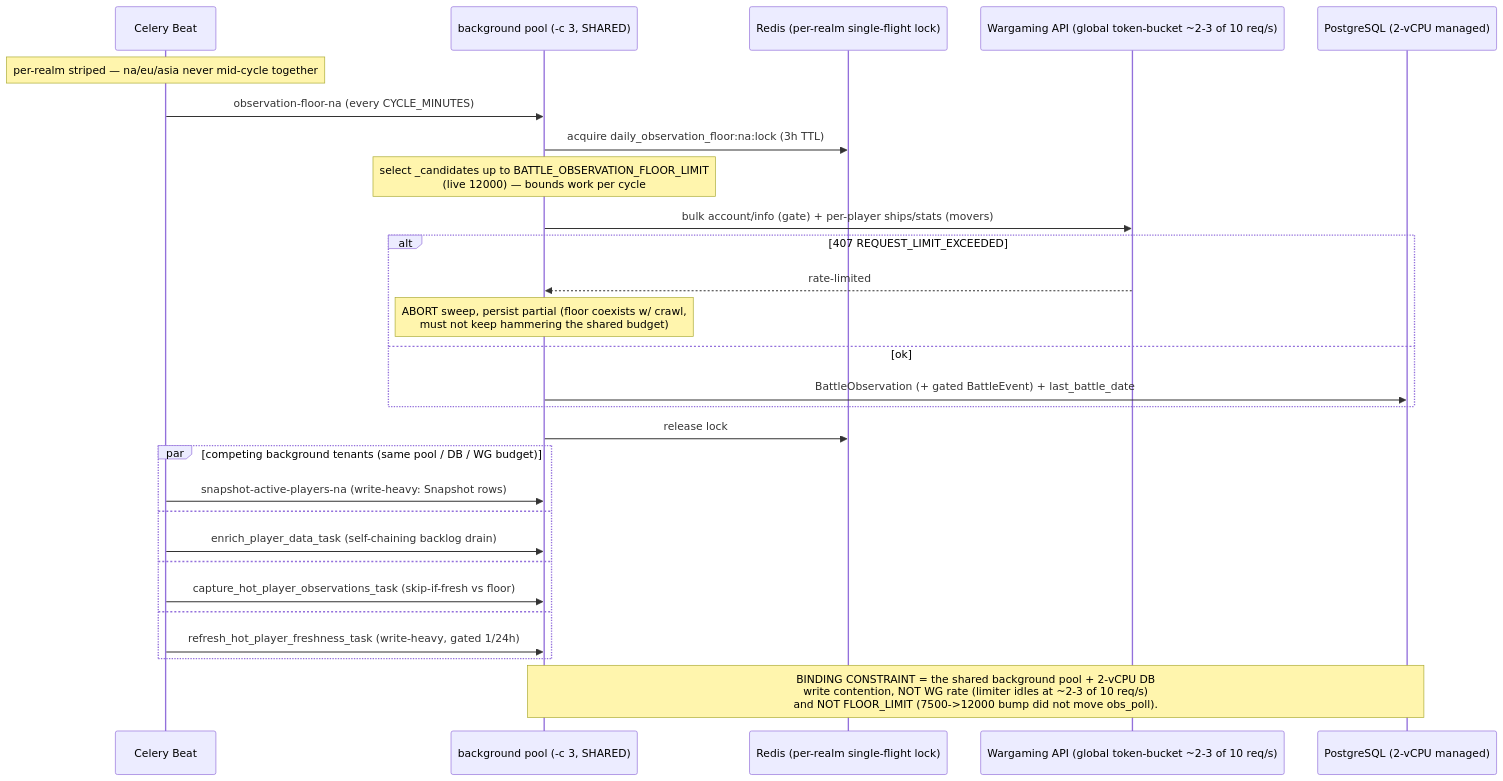
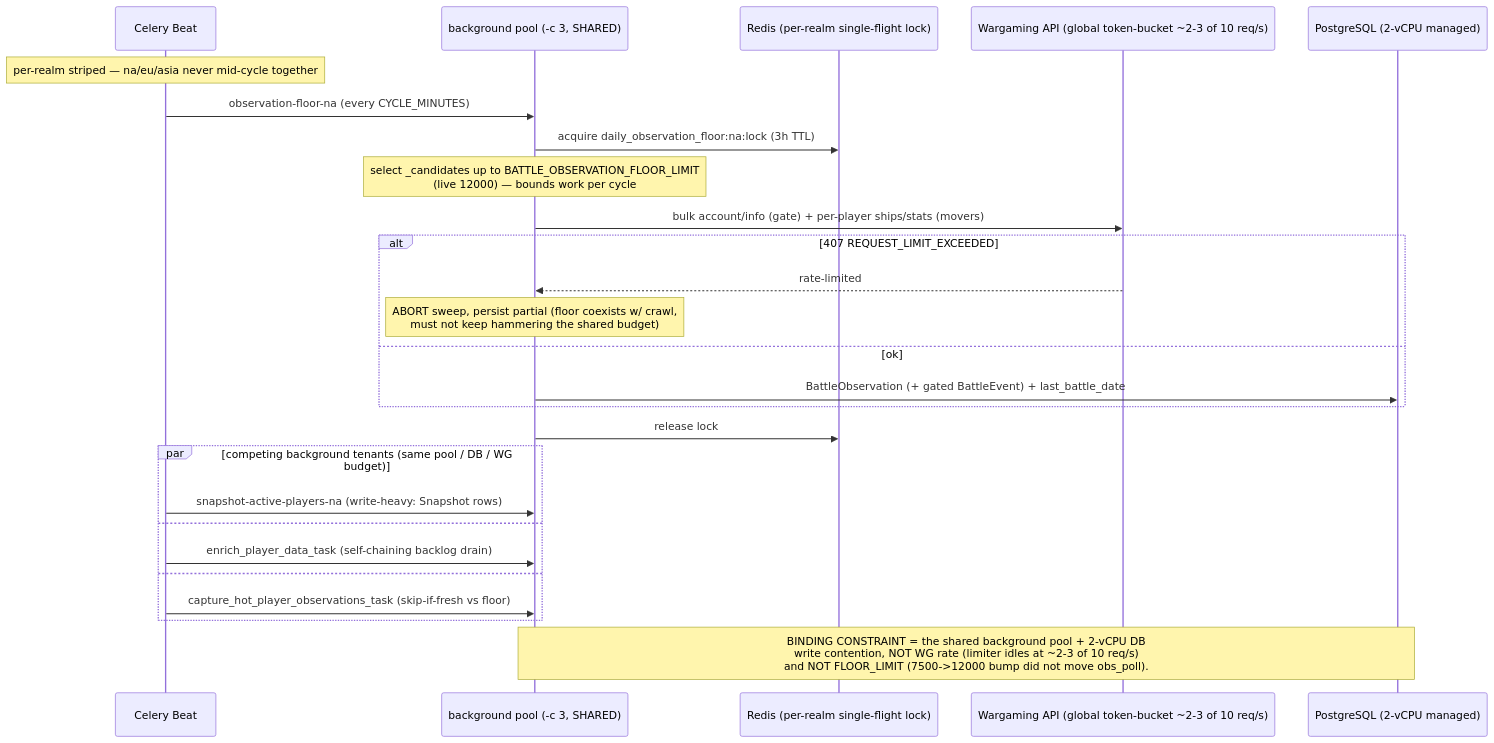
The third of 3 diagrams in agents/diagrams/observation-floor-data-flow.md (nitro-panks/battlestats), drawn with Mermaid before and after one commit. The commit also changed other lines of this file and 7 other files, not shown here.

````diff
--- a/agents/diagrams/observation-floor-data-flow.md
+++ b/agents/diagrams/observation-floor-data-flow.md
@@ -207,34 +209,32 @@
 ```mermaid
 sequenceDiagram
     participant BEAT as Celery Beat
     participant POOL as background pool (-c 3, SHARED)
     participant LOCK as Redis (per-realm single-flight lock)
     participant WG as Wargaming API (global token-bucket ~2-3 of 10 req/s)
     participant PG as PostgreSQL (2-vCPU managed)
 
     Note over BEAT: per-realm striped — na/eu/asia never mid-cycle together
 
     BEAT->>POOL: observation-floor-na (every CYCLE_MINUTES)
     POOL->>LOCK: acquire daily_observation_floor:na:lock (3h TTL)
     Note over POOL: select _candidates up to BATTLE_OBSERVATION_FLOOR_LIMIT<br/>(live 12000) — bounds work per cycle
     POOL->>WG: bulk account/info (gate) + per-player ships/stats (movers)
     alt 407 REQUEST_LIMIT_EXCEEDED
         WG-->>POOL: rate-limited
         Note over POOL: ABORT sweep, persist partial (floor coexists w/ crawl,<br/>must not keep hammering the shared budget)
     else ok
         POOL->>PG: BattleObservation (+ gated BattleEvent) + last_battle_date
     end
     POOL->>LOCK: release lock
 
     par competing background tenants (same pool / DB / WG budget)
         BEAT->>POOL: snapshot-active-players-na (write-heavy: Snapshot rows)
     and
         BEAT->>POOL: enrich_player_data_task (self-chaining backlog drain)
     and
         BEAT->>POOL: capture_hot_player_observations_task (skip-if-fresh vs floor)
-    and
-        BEAT->>POOL: refresh_hot_player_freshness_task (write-heavy, gated 1/24h)
     end
 
     Note over POOL,PG: BINDING CONSTRAINT = the shared background pool + 2-vCPU DB<br/>write contention, NOT WG rate (limiter idles at ~2-3 of 10 req/s)<br/>and NOT FLOOR_LIMIT (7500->12000 bump did not move obs_poll).
 ```
````
